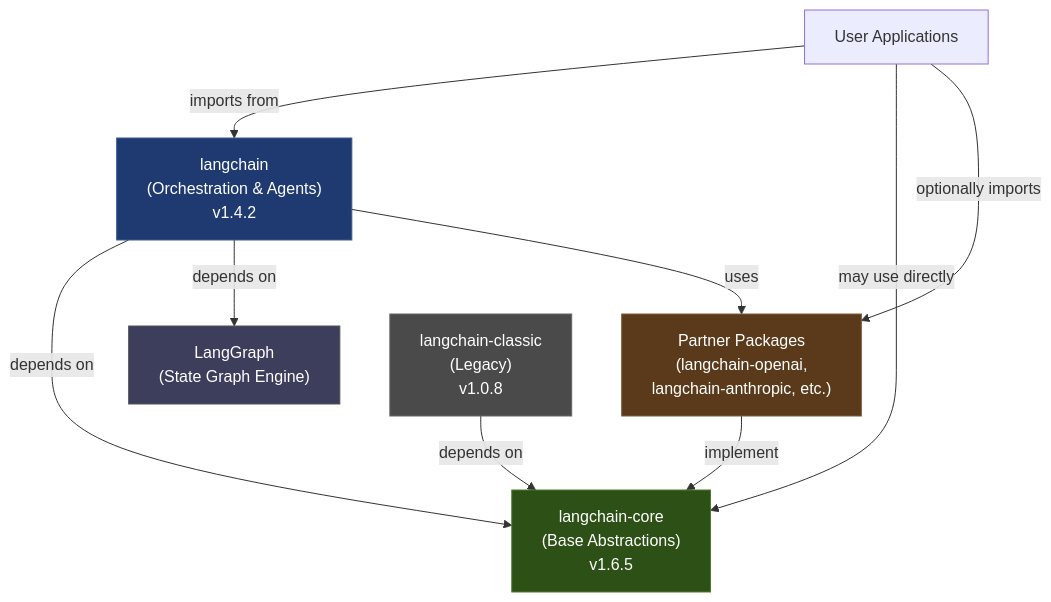
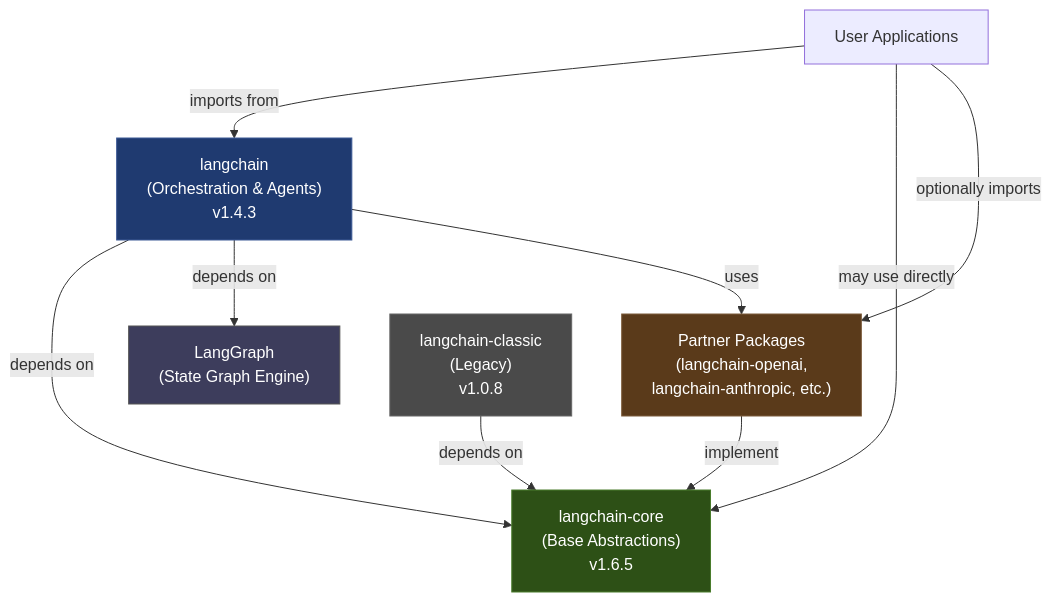
One commit to Rehman-AD/ai-langchain-core changed the first of 4 diagrams in openwiki/architecture.md. Above: the diagram before and after it, drawn with Mermaid. The commit also changed other lines of this file and 7 other files, not shown here.

````diff
--- a/openwiki/architecture.md
+++ b/openwiki/architecture.md
@@ -59,25 +59,25 @@
 ```mermaid
 graph TB
     User["User Applications"]
     
-    User -->|imports from| LangChain["langchain<br/>(Orchestration & Agents)<br/>v1.4.2"]
+    User -->|imports from| LangChain["langchain<br/>(Orchestration & Agents)<br/>v1.4.3"]
     User -->|may use directly| Core["langchain-core<br/>(Base Abstractions)<br/>v1.6.5"]
     
     LangChain -->|depends on| Core
     LangChain -->|depends on| LangGraph["LangGraph<br/>(State Graph Engine)"]
     
     Partners["Partner Packages<br/>(langchain-openai,<br/>langchain-anthropic, etc.)"]
     Partners -->|implement| Core
     
     User -->|optionally imports| Partners
     LangChain -->|uses| Partners
     
     Classic["langchain-classic<br/>(Legacy)<br/>v1.0.8"]
     Classic -->|depends on| Core
     
     style Core fill:#2d5016,stroke:#4a7c2c,color:#fff
     style LangChain fill:#1f3a70,stroke:#3d5a96,color:#fff
     style Partners fill:#5a3a1a,stroke:#7d5c3c,color:#fff
     style Classic fill:#4a4a4a,stroke:#666,color:#fff
     style LangGraph fill:#3d3d5c,stroke:#555,color:#fff
 ```
````
